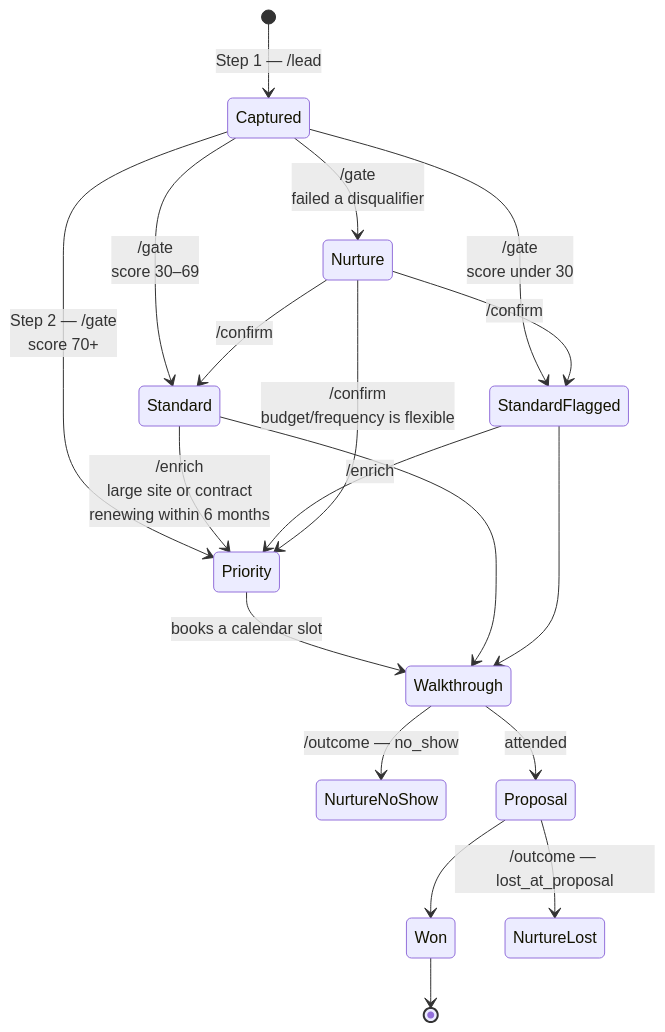
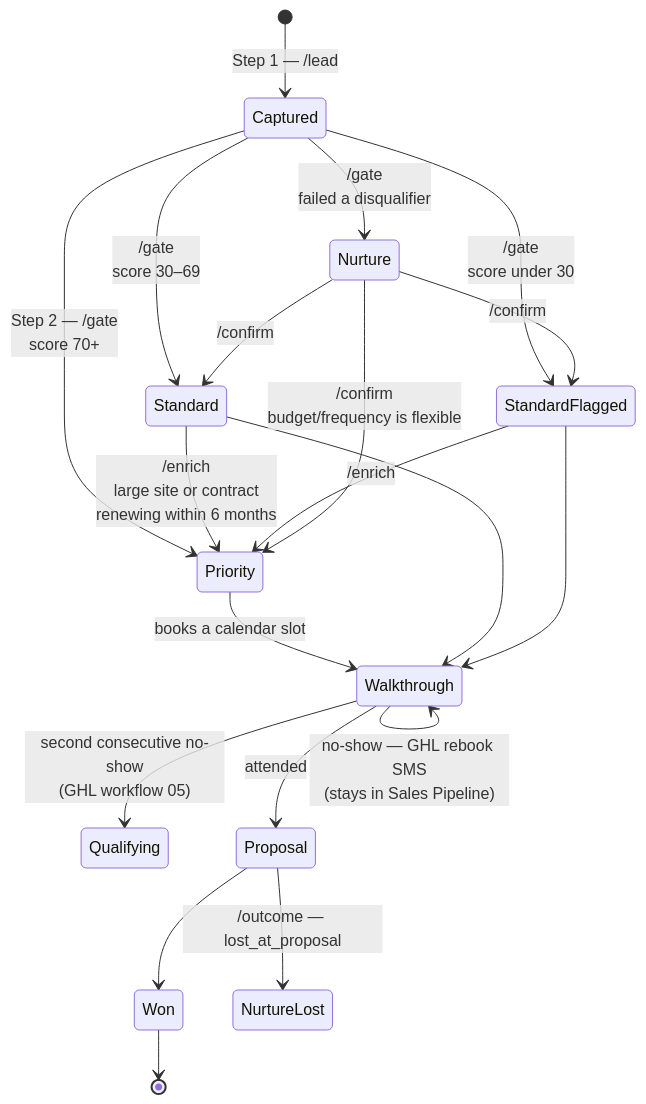
One commit to VantagePointFacilityServices/vpfs-website changed the second of 11 diagrams in docs/WORKER.md. Above: the diagram before and after it, drawn with Mermaid. The commit also changed other lines of this file and 19 other files, not shown here.

````diff
--- a/docs/WORKER.md
+++ b/docs/WORKER.md
@@ -192,25 +192,26 @@
 ```mermaid
 stateDiagram-v2
     [*] --> Captured: Step 1 — /lead
     Captured --> Priority: Step 2 — /gate<br/>score 70+
     Captured --> Standard: /gate<br/>score 30–69
     Captured --> StandardFlagged: /gate<br/>score under 30
     Captured --> Nurture: /gate<br/>failed a disqualifier
 
     Standard --> Priority: /enrich<br/>large site or contract<br/>renewing within 6 months
     StandardFlagged --> Priority: /enrich
     Nurture --> Priority: /confirm<br/>budget/frequency is flexible
     Nurture --> Standard: /confirm
     Nurture --> StandardFlagged: /confirm
 
     Priority --> Walkthrough: books a calendar slot
     Standard --> Walkthrough
     StandardFlagged --> Walkthrough
 
-    Walkthrough --> NurtureNoShow: /outcome — no_show
+    Walkthrough --> Walkthrough: no-show — GHL rebook SMS<br/>(stays in Sales Pipeline)
+    Walkthrough --> Qualifying: second consecutive no-show<br/>(GHL workflow 05)
     Walkthrough --> Proposal: attended
     Proposal --> Won
     Proposal --> NurtureLost: /outcome — lost_at_proposal
 
     Won --> [*]
 ```
````
